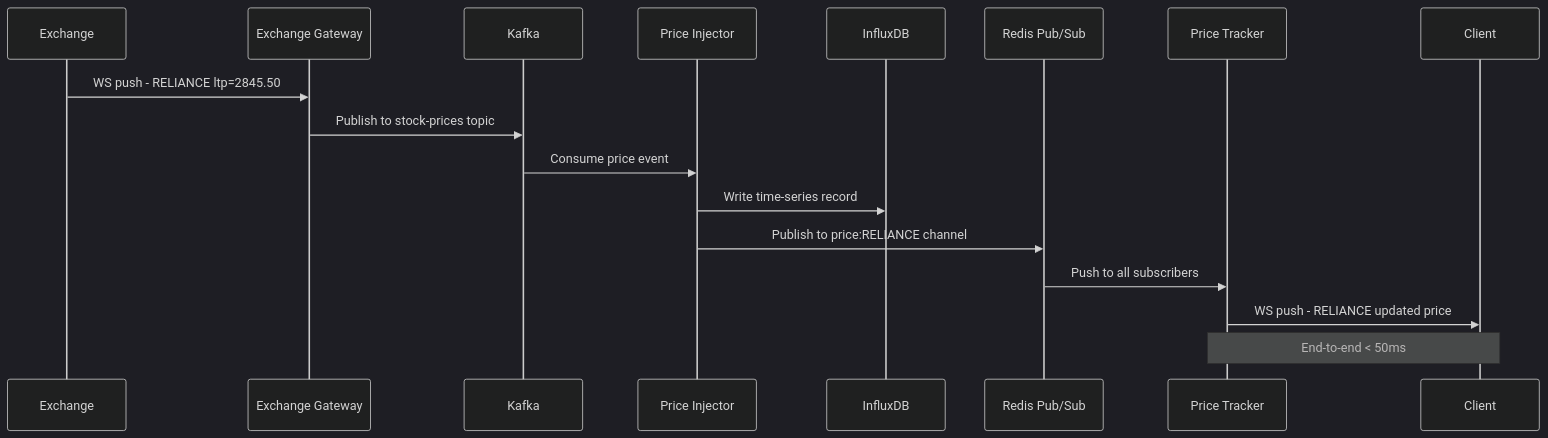
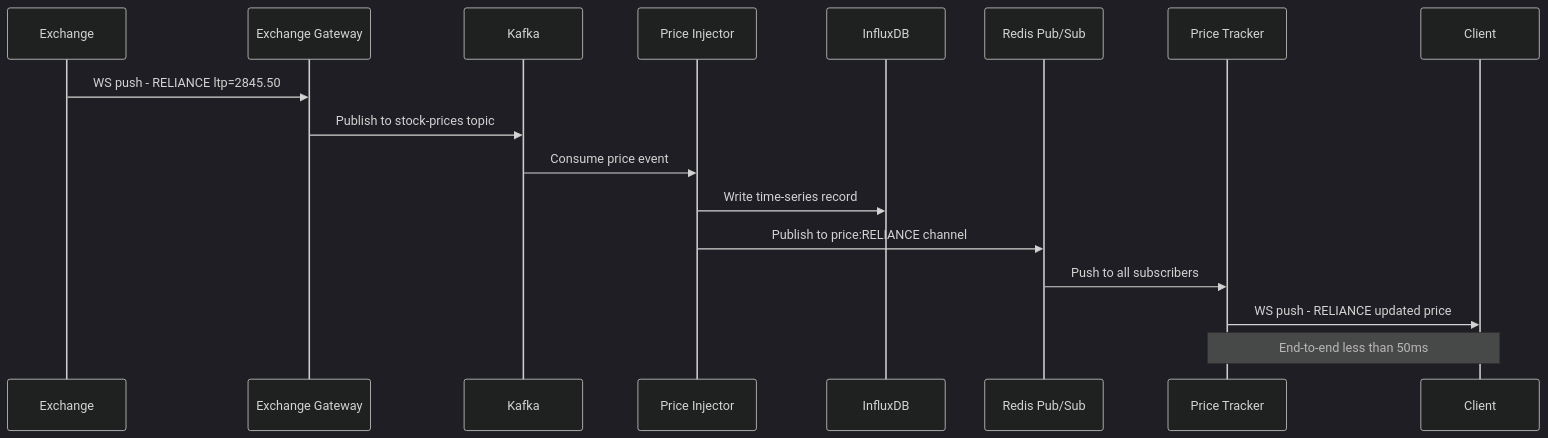
One commit to shyamalm88/MechineCoding changed the second of 5 diagrams in system-design/latest & updated/stock-broker-platform-zerodha-groww.md. Above: the diagram before and after it, drawn with Mermaid (dark theme). The commit also changed other lines of this file, not shown here.

````diff
--- a/system-design/latest & updated/stock-broker-platform-zerodha-groww.md
+++ b/system-design/latest & updated/stock-broker-platform-zerodha-groww.md
@@ -187,20 +318,20 @@
 ```mermaid
 sequenceDiagram
     participant Exchange
     participant ExchangeGW as Exchange Gateway
     participant Kafka
     participant PriceInjector as Price Injector
     participant InfluxDB
     participant Redis as Redis Pub/Sub
     participant PriceTracker as Price Tracker
     participant Client
 
     Exchange->>ExchangeGW: WS push - RELIANCE ltp=2845.50
     ExchangeGW->>Kafka: Publish to stock-prices topic
     Kafka->>PriceInjector: Consume price event
     PriceInjector->>InfluxDB: Write time-series record
     PriceInjector->>Redis: Publish to price:RELIANCE channel
     Redis->>PriceTracker: Push to all subscribers
     PriceTracker->>Client: WS push - RELIANCE updated price
-    Note over Client,PriceTracker: End-to-end < 50ms
+    Note over Client,PriceTracker: End-to-end less than 50ms
 ```
````
